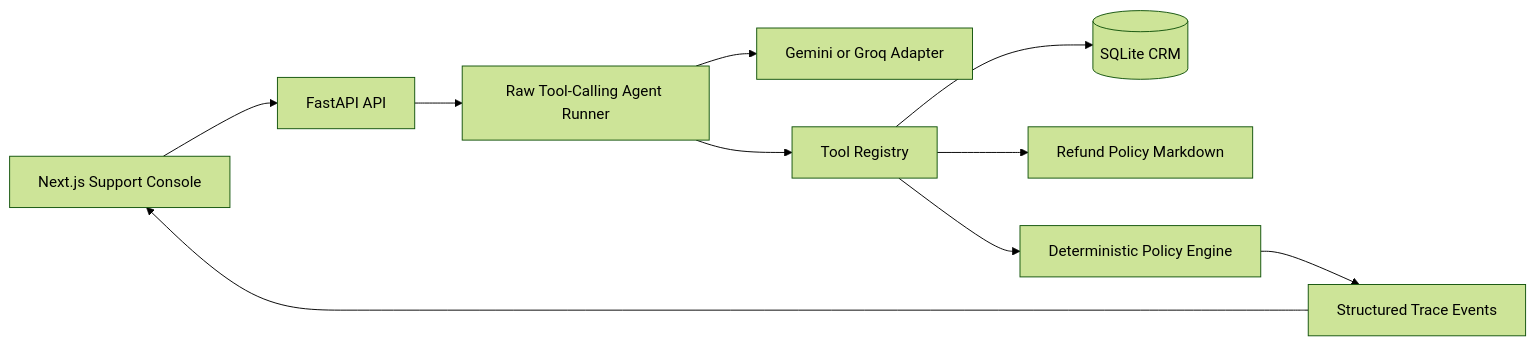
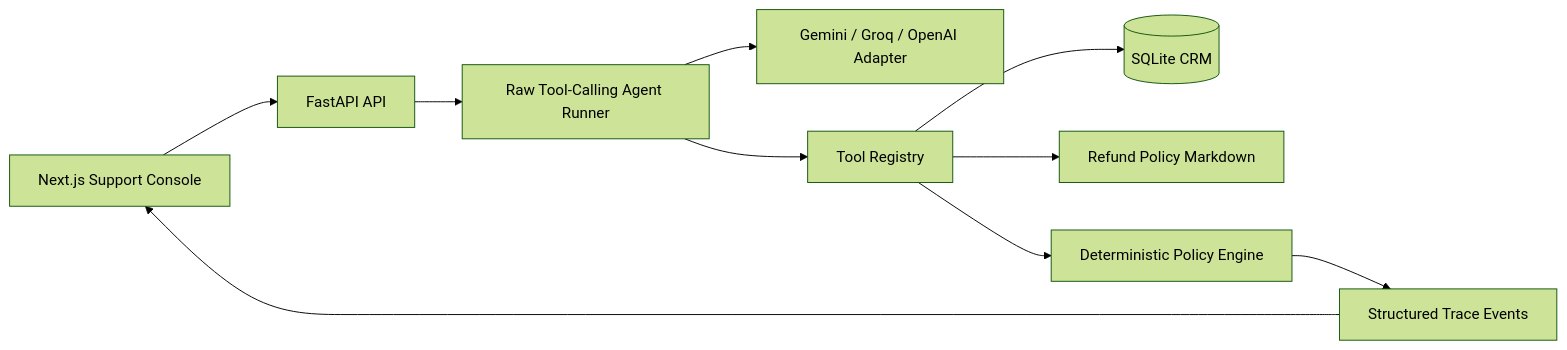
One commit to kunal-gh/worknoon changed the diagram in README.md. Above: the diagram before and after it, drawn with Mermaid (forest theme). The commit also changed other lines of this file and 17 other files, not shown here.

````diff
--- a/README.md
+++ b/README.md
@@ -120,12 +135,12 @@
 ```mermaid
 flowchart LR
   UI[Next.js Support Console] --> API[FastAPI API]
   API --> Agent[Raw Tool-Calling Agent Runner]
-  Agent --> Provider[Gemini or Groq Adapter]
+  Agent --> Provider["Gemini / Groq / OpenAI Adapter"]
   Agent --> Tools[Tool Registry]
   Tools --> CRM[(SQLite CRM)]
   Tools --> Policy[Refund Policy Markdown]
   Tools --> Engine[Deterministic Policy Engine]
   Engine --> Trace[Structured Trace Events]
   Trace --> UI
 ```
````
